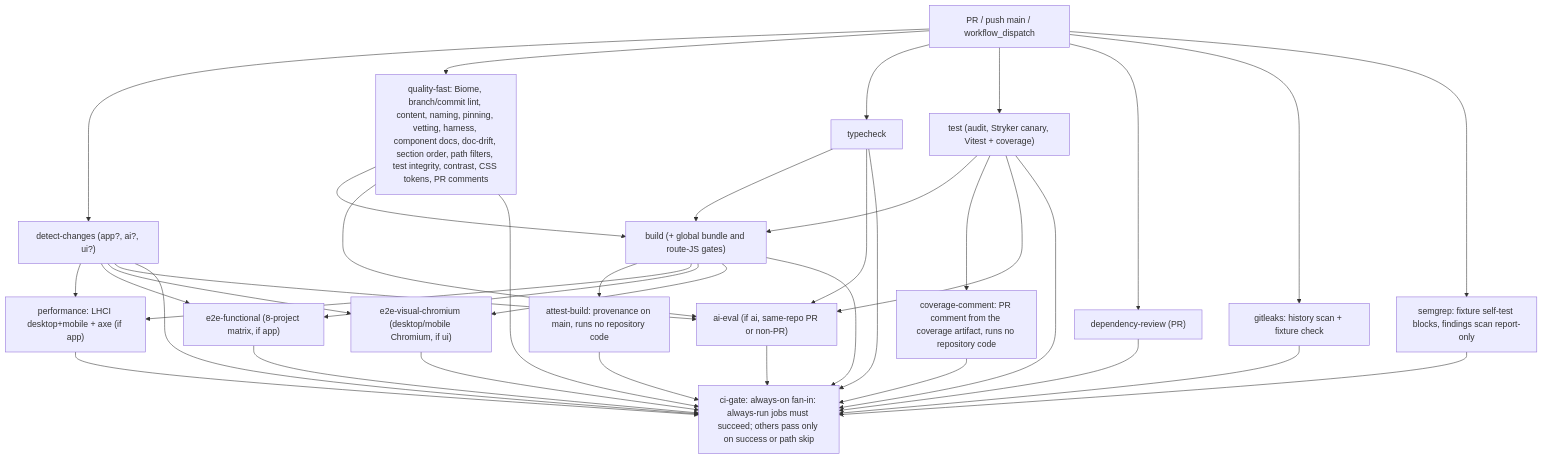
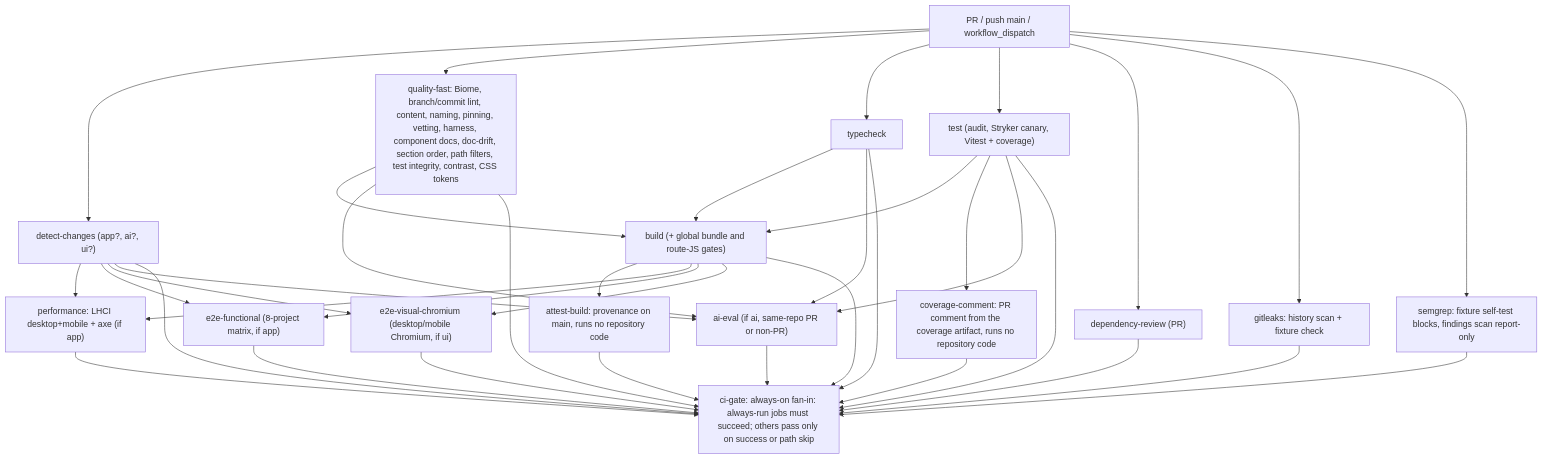
Before and after one commit to erikunha/portfolio: the third of 5 diagrams in docs/07-workflows.md, drawn with Mermaid. The commit also changed 3 other files, not shown here.

Commit message:
docs(repo): drop the removed gate from the diagrams and fix the mermaid that never parsed

````diff
--- a/docs/07-workflows.md
+++ b/docs/07-workflows.md
@@ -160,40 +160,40 @@
 ```mermaid
 flowchart TD
     pr["PR / push main / workflow_dispatch"] --> dc["detect-changes (app?, ai?, ui?)"]
-    pr --> qf["quality-fast: Biome, branch/commit lint, content, naming, pinning, vetting, harness, component docs, doc-drift, section order, path filters, test integrity, contrast, CSS tokens, PR comments"]
+    pr --> qf["quality-fast: Biome, branch/commit lint, content, naming, pinning, vetting, harness, component docs, doc-drift, section order, path filters, test integrity, contrast, CSS tokens"]
     pr --> tc["typecheck"]
     pr --> t["test (audit, Stryker canary, Vitest + coverage)"]
     pr --> dr["dependency-review (PR)"]
     qf --> b["build (+ global bundle and route-JS gates)"]
     tc --> b
     t --> b
     b --> at["attest-build: provenance on main, runs no repository code"]
     t --> cc["coverage-comment: PR comment from the coverage artifact, runs no repository code"]
     b --> perf["performance: LHCI desktop+mobile + axe (if app)"]
     b --> e2e["e2e-functional (8-project matrix, if app)"]
     b --> vis["e2e-visual-chromium (desktop/mobile Chromium, if ui)"]
     dc --> perf
     dc --> e2e
     dc --> vis
     dc --> ev["ai-eval (if ai, same-repo PR or non-PR)"]
     qf --> ev
     tc --> ev
     t --> ev
     pr --> secrets["gitleaks: history scan + fixture check"]
     secrets --> gate
     pr --> semgrep["semgrep: fixture self-test blocks, findings scan report-only"]
     semgrep --> gate
     dc --> gate
     qf --> gate
     tc --> gate
     t --> gate
     dr --> gate
     b --> gate
     at --> gate
     cc --> gate
     perf --> gate
     e2e --> gate
     vis --> gate
     ev --> gate
     gate["ci-gate: always-on fan-in: always-run jobs must succeed; others pass only on success or path skip"]
 ```
````
